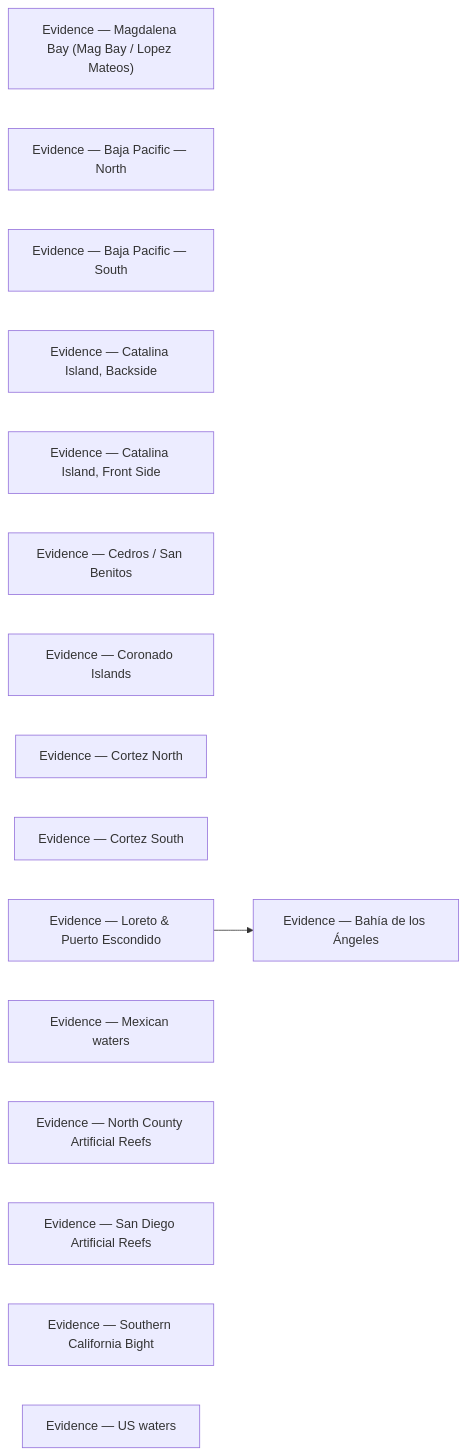
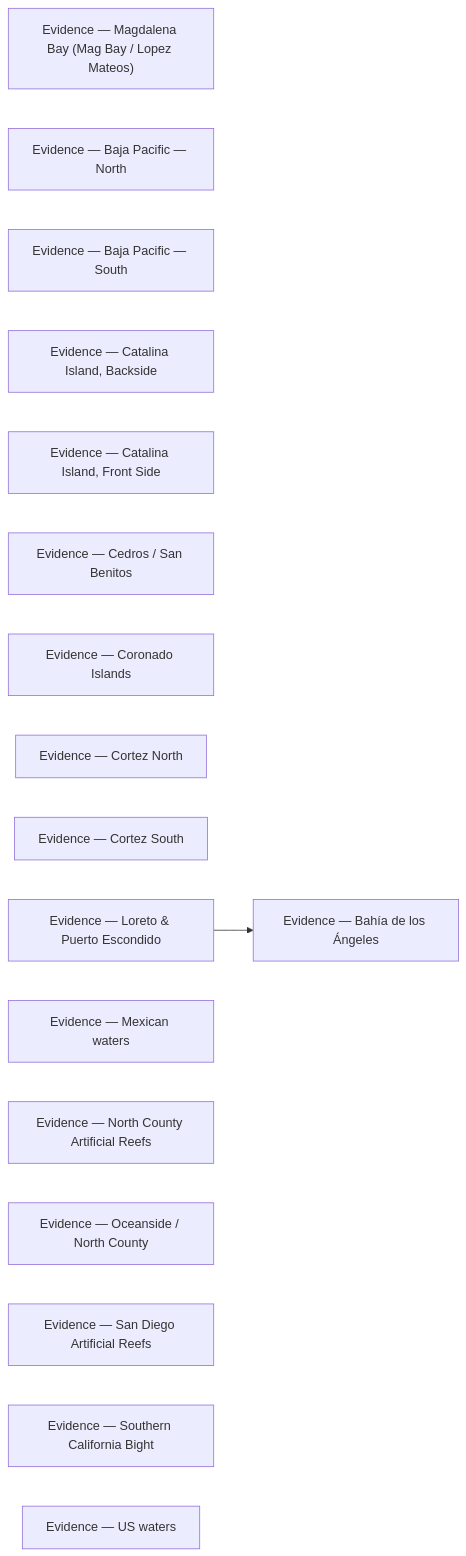
The diagram in locations/evidence/README.md (camchuckpete-max/Socal-Fishing-Knowledge), drawn with Mermaid before and after one commit. The commit also changed other lines of this file and 25 other files, not shown here.

Commit message:
review: locations/oceanside-north-county.md — done

````diff
--- a/locations/evidence/README.md
+++ b/locations/evidence/README.md
@@ -29,20 +30,21 @@
 ```mermaid
 graph LR
   n0["Evidence — Bahía de los Ángeles"]
   n1["Evidence — Magdalena Bay (Mag Bay / Lopez Mateos)"]
   n2["Evidence — Baja Pacific — North"]
   n3["Evidence — Baja Pacific — South"]
   n4["Evidence — Catalina Island, Backside"]
   n5["Evidence — Catalina Island, Front Side"]
   n6["Evidence — Cedros / San Benitos"]
   n7["Evidence — Coronado Islands"]
   n8["Evidence — Cortez North"]
   n9["Evidence — Cortez South"]
   n10["Evidence — Loreto & Puerto Escondido"]
   n11["Evidence — Mexican waters"]
   n12["Evidence — North County Artificial Reefs"]
-  n13["Evidence — San Diego Artificial Reefs"]
-  n14["Evidence — Southern California Bight"]
-  n15["Evidence — US waters"]
+  n13["Evidence — Oceanside / North County"]
+  n14["Evidence — San Diego Artificial Reefs"]
+  n15["Evidence — Southern California Bight"]
+  n16["Evidence — US waters"]
   n10 --> n0
 ```
````
